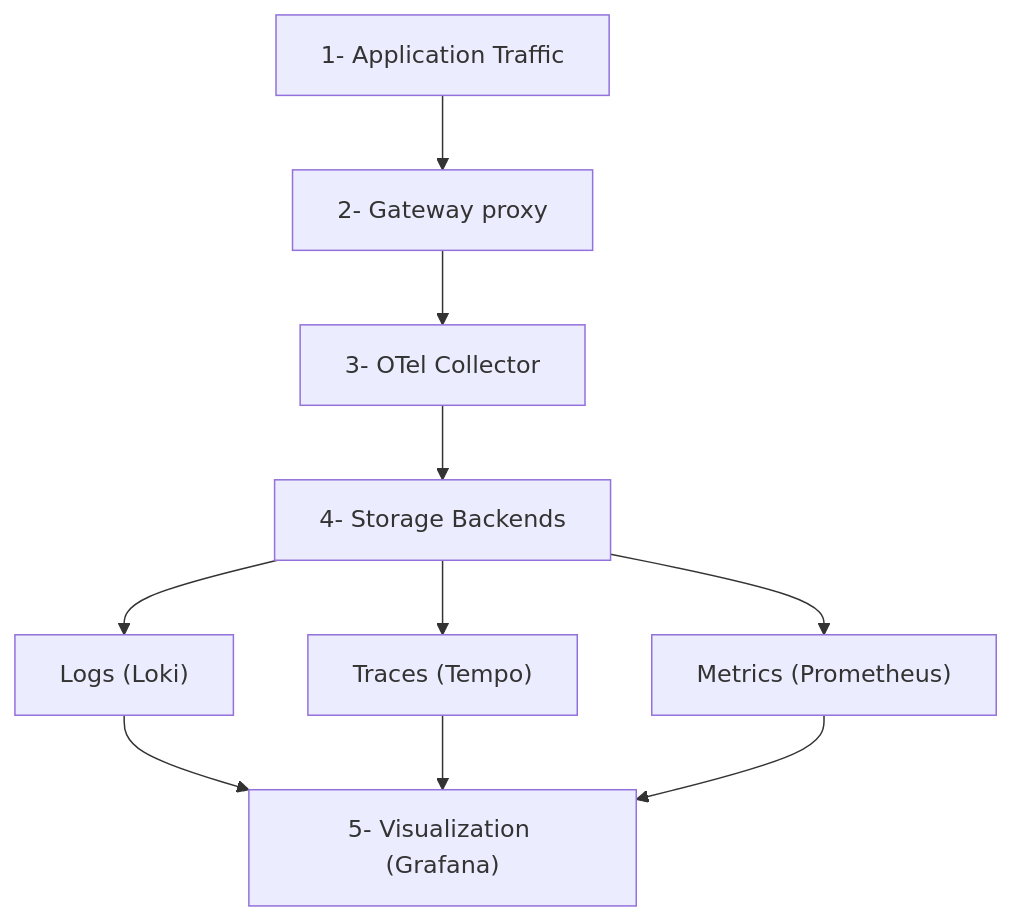
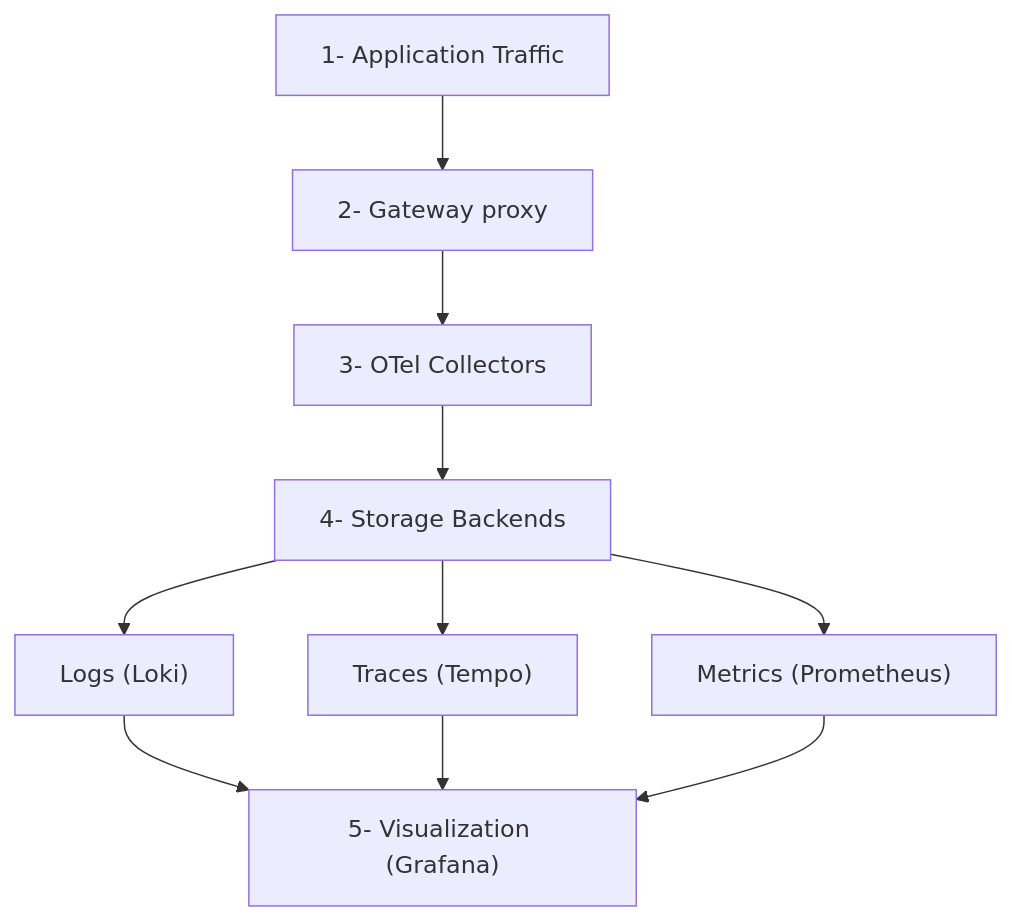
One commit to kgateway-dev/kgateway.dev changed the diagram in content/docs/observability/otel-stack.md. Above: the diagram before and after it, drawn with Mermaid. The commit also changed other lines of this file, not shown here.

````diff
--- a/content/docs/observability/otel-stack.md
+++ b/content/docs/observability/otel-stack.md
@@ -22,12 +22,12 @@
 ```mermaid
 flowchart TD
     A["1- Application Traffic"] --> B["2- Gateway proxy"]
-    B --> C["3- OTel Collector"]
+    B --> C["3- OTel Collectors"]
     C --> D["4- Storage Backends"]
     D --> D1["Logs (Loki)"]
     D --> D2["Traces (Tempo)"]
     D --> D3["Metrics (Prometheus)"]
     D1 --> E["5- Visualization (Grafana)"]
     D2 --> E
     D3 --> E
 ```
````
